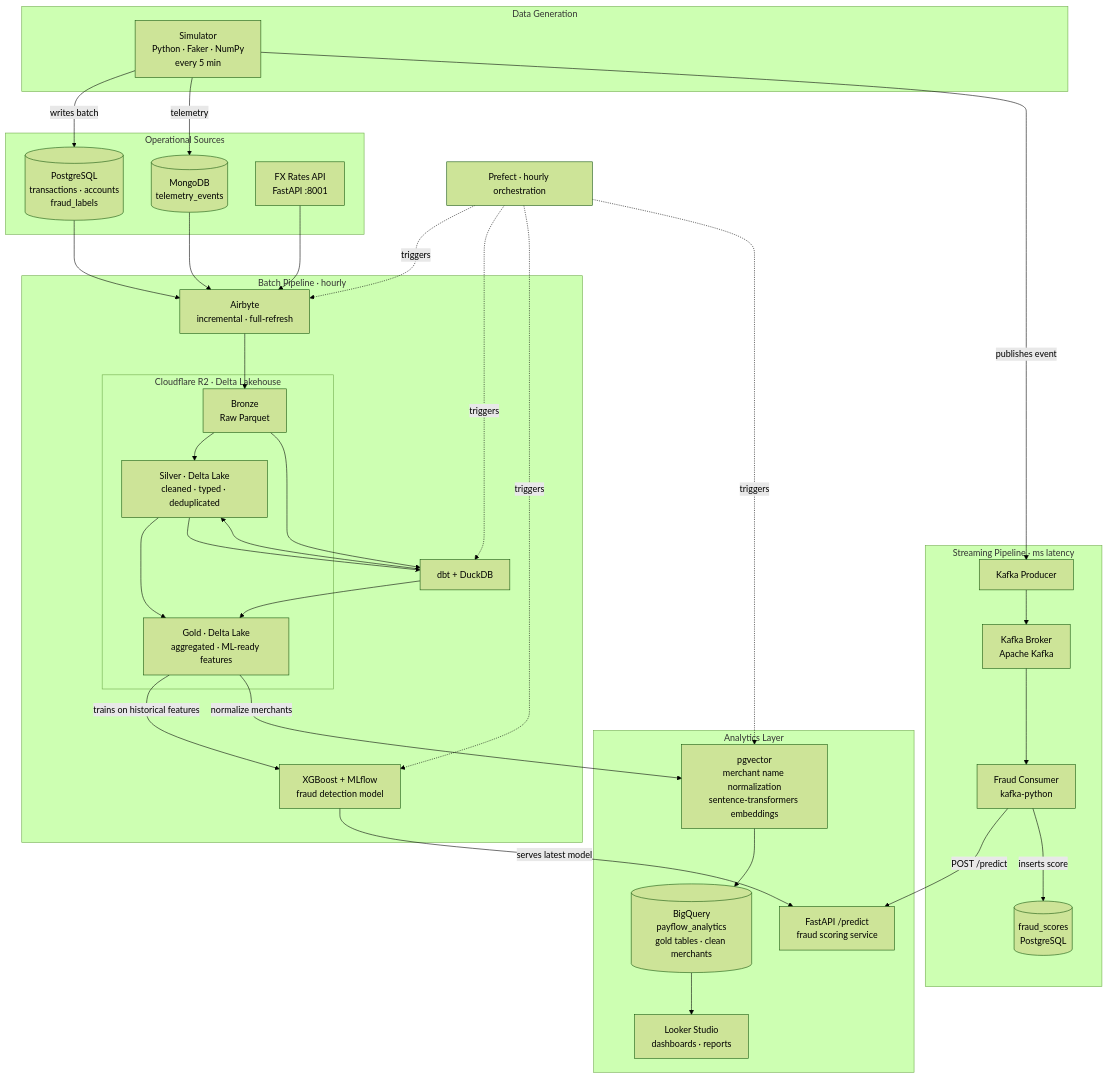
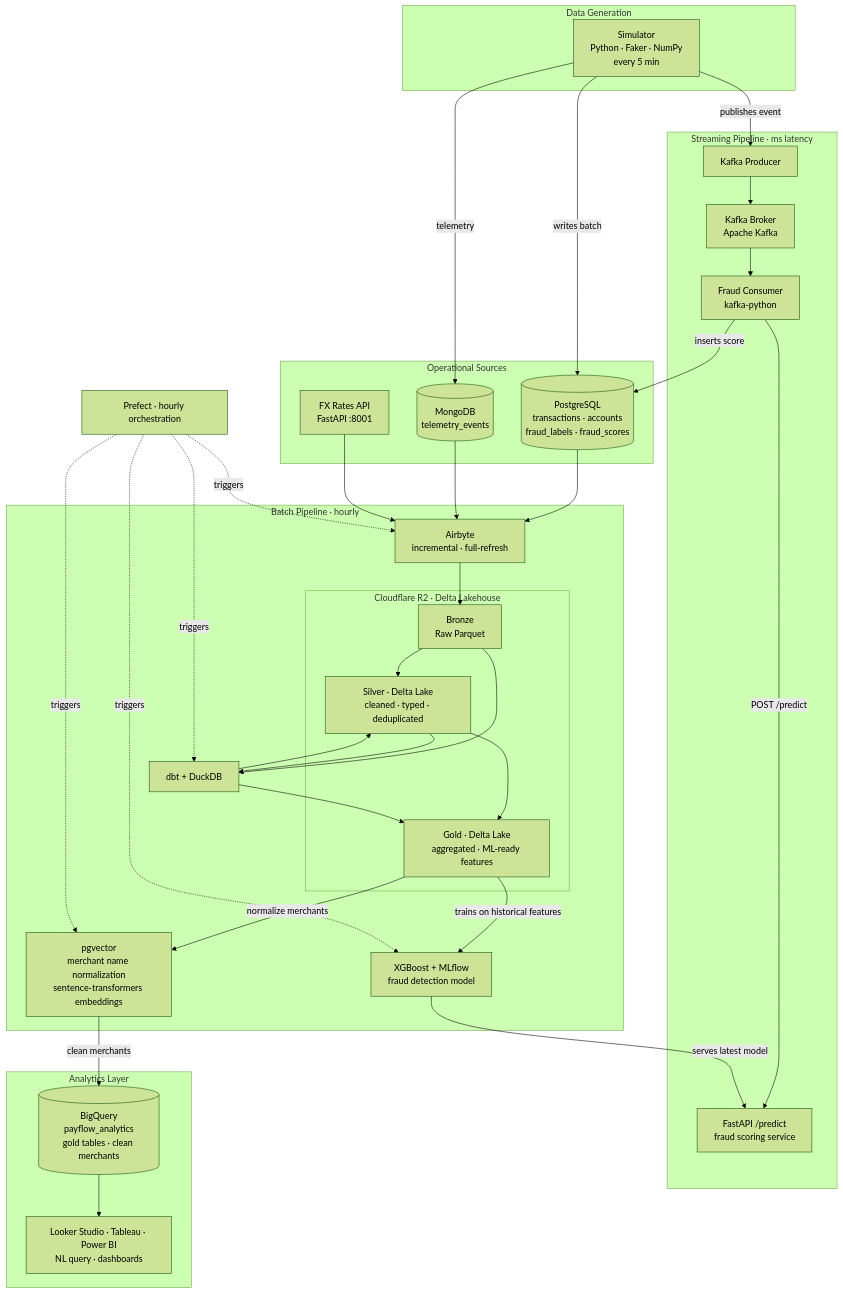
The diagram in README.md (vifestudio/payflow-data-platform), drawn with Mermaid (forest theme) before and after one commit.

Commit message:
docs: clean up architecture diagram
- Move FastAPI /predict into the streaming pipeline (serving layer, not analytics)
- Move pgvector merchant normalization into the batch pipeline (transform step before BigQuery)
- Collapse fraud_scores into the single operational Postgres instead of showing it as a separate database
- Narrow the analytics layer to BigQuery plus BI consumers (Looker Studio, Tableau, Power BI, NL query)

````diff
--- a/README.md
+++ b/README.md
@@ -9,54 +9,53 @@
 ```mermaid
 flowchart TD
     subgraph SIM["Data Generation"]
         S["Simulator\nPython · Faker · NumPy\nevery 5 min"]
     end
 
     subgraph STREAMING["Streaming Pipeline · ms latency"]
         KP["Kafka Producer"]
         KB["Kafka Broker\nApache Kafka"]
         KC["Fraud Consumer\nkafka-python"]
-        FSCORE[("fraud_scores\nPostgreSQL")]
+        API2["FastAPI /predict\nfraud scoring service"]
     end
 
     subgraph SOURCES["Operational Sources"]
-        PG[(PostgreSQL\ntransactions · accounts\nfraud_labels)]
+        PG[(PostgreSQL\ntransactions · accounts\nfraud_labels · fraud_scores)]
         MG[(MongoDB\ntelemetry_events)]
         FX["FX Rates API\nFastAPI :8001"]
     end
 
     subgraph BATCH["Batch Pipeline · hourly"]
         AB["Airbyte\nincremental · full-refresh"]
         subgraph LAKE["Cloudflare R2 · Delta Lakehouse"]
             B["Bronze\nRaw Parquet"]
             SI["Silver · Delta Lake\ncleaned · typed · deduplicated"]
             G["Gold · Delta Lake\naggregated · ML-ready features"]
             B --> SI --> G
         end
         DBT["dbt + DuckDB"]
+        VEC["pgvector\nmerchant name normalization\nsentence-transformers embeddings"]
         ML["XGBoost + MLflow\nfraud detection model"]
     end
 
     subgraph ANALYTICS["Analytics Layer"]
-        VEC["pgvector\nmerchant name normalization\nsentence-transformers embeddings"]
-        API2["FastAPI /predict\nfraud scoring service"]
         BQ[("BigQuery\npayflow_analytics\ngold tables · clean merchants")]
-        LS["Looker Studio\ndashboards · reports"]
+        LS["Looker Studio · Tableau · Power BI\nNL query · dashboards"]
     end
 
     S -->|"writes batch"| PG
     S -->|"telemetry"| MG
     S -->|"publishes event"| KP --> KB --> KC
     KC -->|"POST /predict"| API2
-    KC -->|"inserts score"| FSCORE
+    KC -->|"inserts score"| PG
 
     PG & MG & FX --> AB --> B
     B --> DBT --> SI --> DBT --> G
 
     G -->|"trains on historical features"| ML
     ML -->|"serves latest model"| API2
 
-    G -->|"normalize merchants"| VEC --> BQ --> LS
+    G -->|"normalize merchants"| VEC -->|"clean merchants"| BQ --> LS
 
     PREF["Prefect · hourly orchestration"] -. "triggers" .-> AB & DBT & ML & VEC
 ```
````
